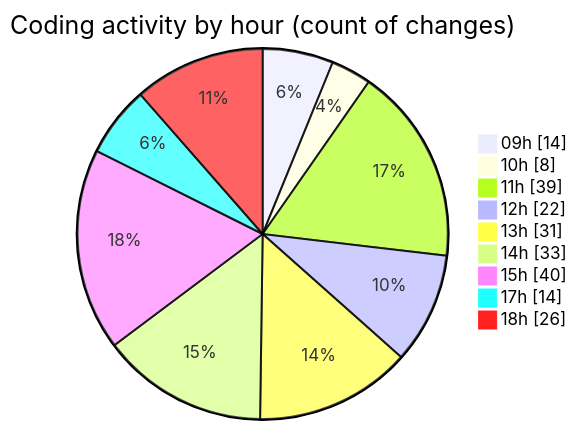
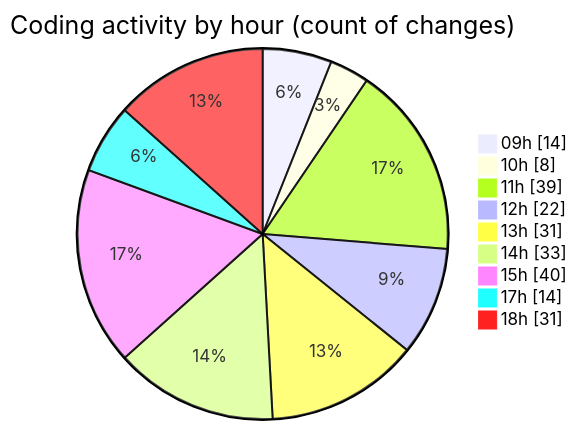
The second of 2 diagrams in 2025-02-07/cda/README.md (momahboobian/code-tracking), drawn with Mermaid before and after one commit. The commit also changed other lines of this file and 1 other file, not shown here.

````diff
--- a/2025-02-07/cda/README.md
+++ b/2025-02-07/cda/README.md
@@ -70,13 +70,13 @@
 ```mermaid
 pie showData
 title Coding activity by hour (count of changes)
 "09h" : 14
 "10h" : 8
 "11h" : 39
 "12h" : 22
 "13h" : 31
 "14h" : 33
 "15h" : 40
 "17h" : 14
-"18h" : 26
+"18h" : 31
 ```
````
